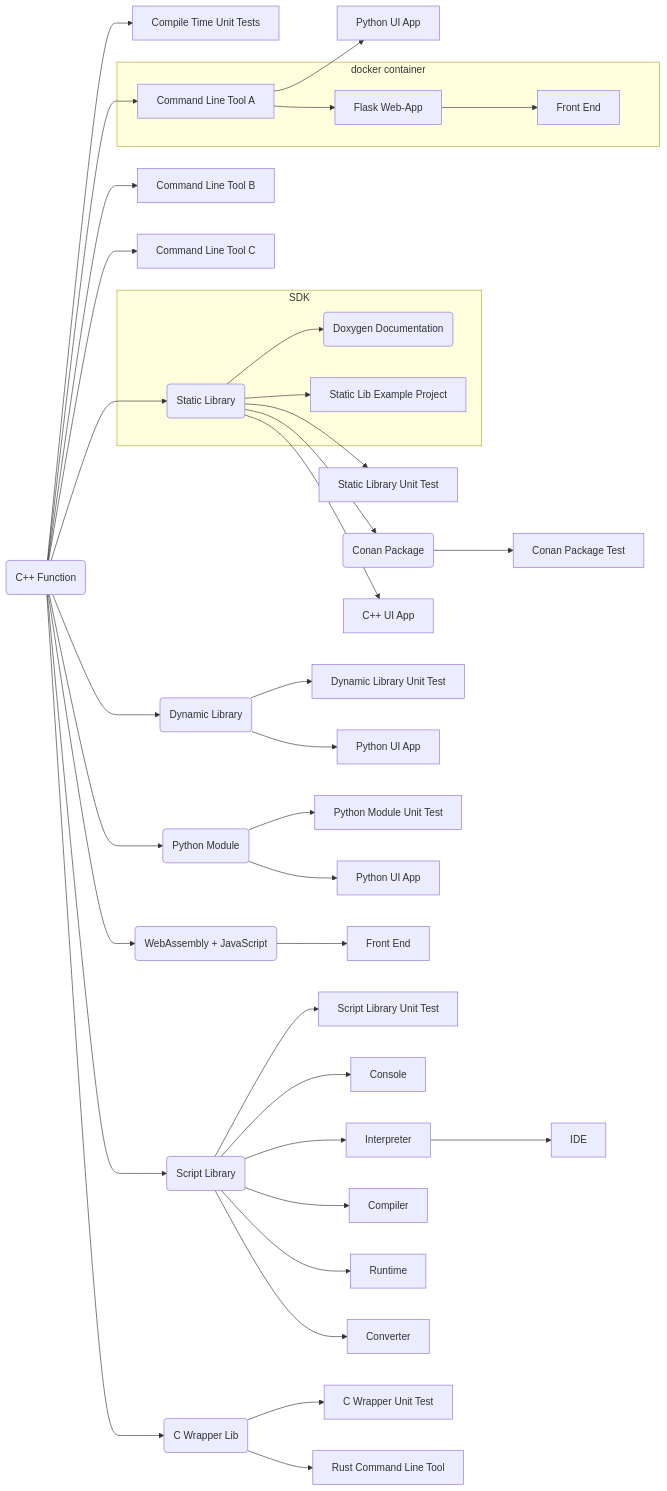
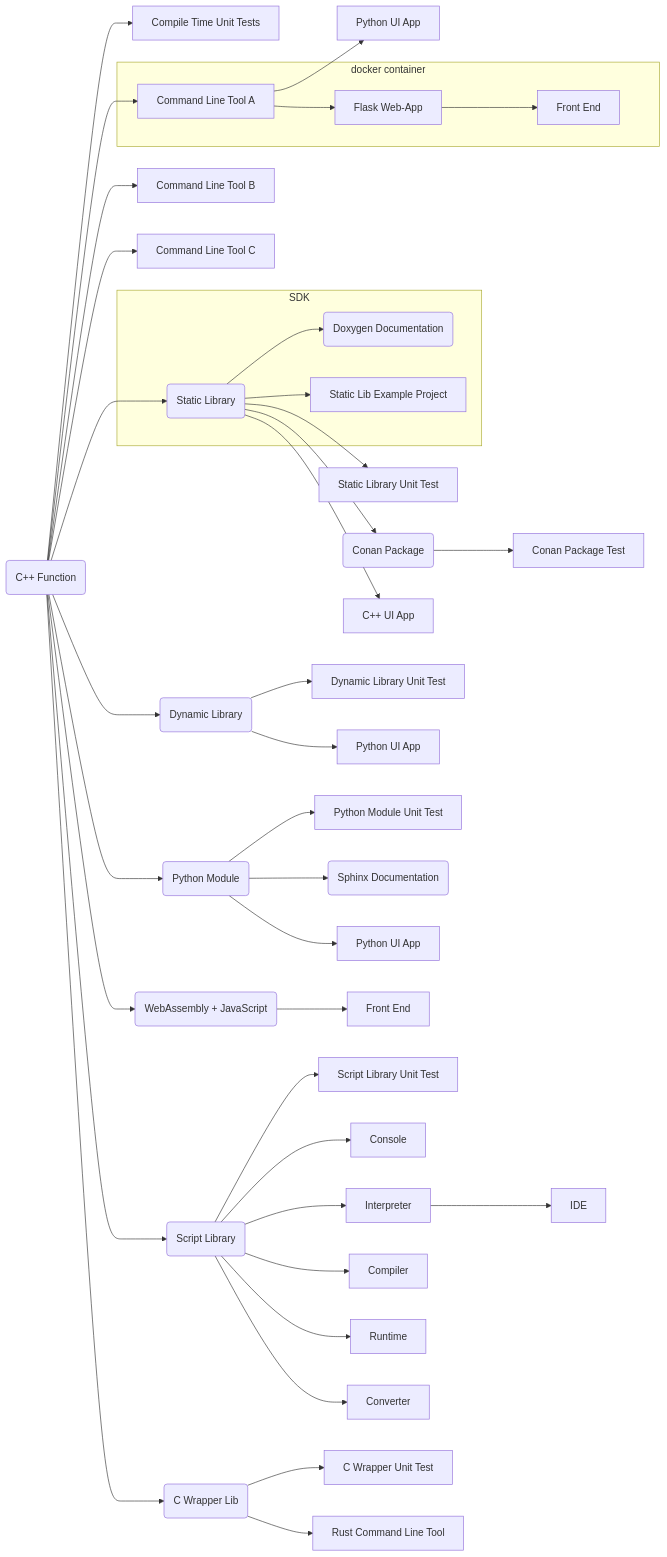
Before and after one commit to SebastianBach/full-stack: the diagram in README.md, drawn with Mermaid. The commit also changed other lines of this file and 10 other files, not shown here.

````diff
--- a/README.md
+++ b/README.md
@@ -46,57 +47,58 @@
 ```mermaid
   flowchart LR;
 
     F(C++ Function) --> CUT[Compile Time Unit Tests];
 
     F --> CLI1[Command Line Tool A]
     F --> CLI2[Command Line Tool B]
     F --> CLI3[Command Line Tool C]
 
     CLI1 --> PYAPP2[Python UI App]
 
     F --> LIB(Static Library)
     
     subgraph SDK
     LIB --> DOXYGEN(Doxygen Documentation)
     LIB --> LIBEX[Static Lib Example Project]
     end
 
     LIB --> LIBTEST[Static Library Unit Test]
     LIB --> C(Conan Package)
 
     LIB --> QTCPP[C++ UI App]
 
     F --> DLL(Dynamic Library)
     DLL --> DLLTEST[Dynamic Library Unit Test]
     DLL --> QTPYDLL[Python UI App]
 
     C --> CT[Conan Package Test]
 
     F --> PY(Python Module)
 
     subgraph docker container
     CLI1 --> SERVER[Flask Web-App]
     SERVER --> FRONT[Front End]
     end
 
     PY --> PYTEST[Python Module Unit Test]
+    PY --> SPHINX(Sphinx Documentation)
     PY --> PYAPP[Python UI App]
 
     F --> WASM(WebAssembly + JavaScript)
 
     WASM --> WASMF[Front End]
 
     F --> SCRIPTLIB(Script Library)
 
     SCRIPTLIB --> SCRIPT_TEST[Script Library Unit Test]
     SCRIPTLIB --> SCRIPT_CONSOLE[Console]
     SCRIPTLIB --> SCRIPT_INTERPRETER[Interpreter]
     SCRIPT_INTERPRETER --> SCRIPT_IDE[IDE]
     SCRIPTLIB --> SCRIPT_COMPILER[Compiler]
     SCRIPTLIB --> SCRIPT_RUNTIME[Runtime]
     SCRIPTLIB --> SCRIPT_CONVERT[Converter]
 
     F --> CWRAPPER(C Wrapper Lib)
     CWRAPPER --> CWRAPPER_TEST[C Wrapper Unit Test]
     CWRAPPER --> RUST_APP[Rust Command Line Tool]  
 ```
````
